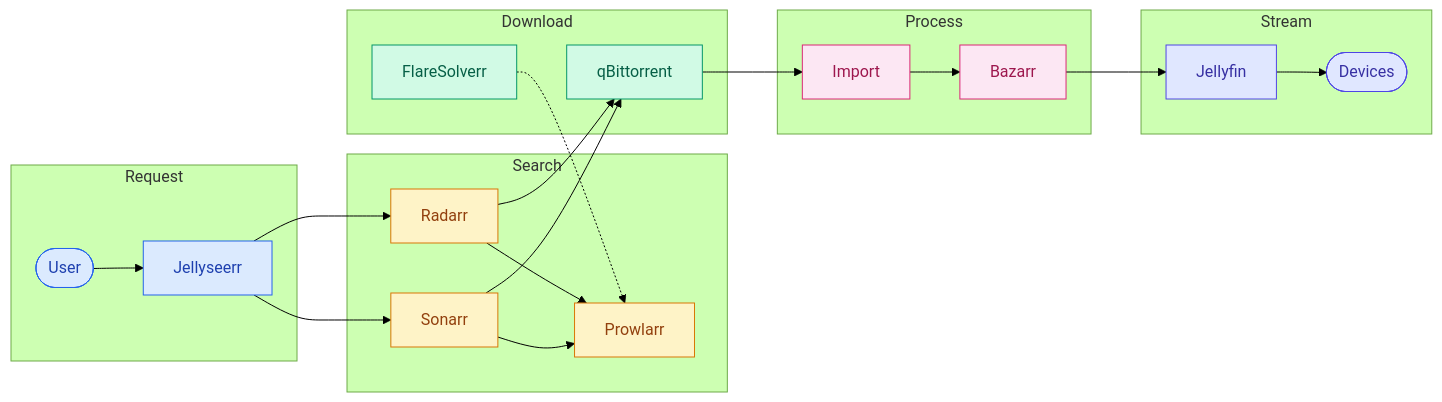
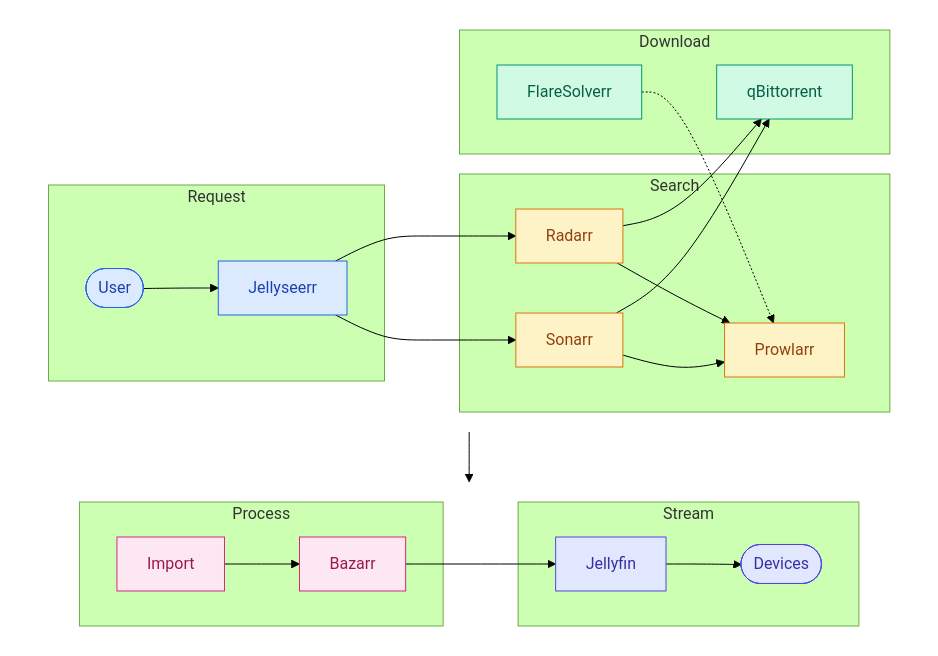
Before and after one commit to Mykyta-Home-Server/homeserver: the second of 4 diagrams in docs-site/src/content/docs/guides/introduction.mdx, drawn with Mermaid (forest theme). The commit also changed other lines of this file and 2 other files, not shown here.

Commit message:
Refine Mermaid diagrams: compact layouts and remove labels
- Media Automation Flow: Stream now under Process in two-row layout
- Authentication Flow: Removed numbered step labels from arrows
- Docker Network: Caddy connects to subgraphs, compact proxy/monitoring
- LDAP Auth Architecture: Simplified Authelia connections
- LDAP Directory/Auth Flow: Removed edge labels
- Monitoring Log Flow: Removed edge labels

🤖 Generated with [Claude Code](https://claude.com/claude-code)

````diff
--- a/docs-site/src/content/docs/guides/introduction.mdx
+++ b/docs-site/src/content/docs/guides/introduction.mdx
@@ -69,53 +69,61 @@
 ```mermaid
-flowchart LR
-    subgraph Request
-        User([User])
-        Jellyseerr[Jellyseerr]
+flowchart TB
+    subgraph row1[" "]
+        direction LR
+        subgraph Request
+            User([User])
+            Jellyseerr[Jellyseerr]
+        end
+
+        subgraph Search
+            Radarr[Radarr]
+            Sonarr[Sonarr]
+            Prowlarr[Prowlarr]
+        end
+
+        subgraph Download
+            qBit[qBittorrent]
+            Flare[FlareSolverr]
+        end
     end
 
-    subgraph Search
-        Radarr[Radarr]
-        Sonarr[Sonarr]
-        Prowlarr[Prowlarr]
-    end
+    subgraph row2[" "]
+        direction LR
+        subgraph Process
+            Import[Import]
+            Bazarr[Bazarr]
+        end
 
-    subgraph Download
-        qBit[qBittorrent]
-        Flare[FlareSolverr]
-    end
-
-    subgraph Process
-        Import[Import]
-        Bazarr[Bazarr]
-    end
-
-    subgraph Stream
-        Jellyfin[Jellyfin]
-        Devices([Devices])
+        subgraph Stream
+            Jellyfin[Jellyfin]
+            Devices([Devices])
+        end
     end
 
     User --> Jellyseerr
     Jellyseerr --> Radarr
     Jellyseerr --> Sonarr
     Radarr --> Prowlarr
     Sonarr --> Prowlarr
     Radarr --> qBit
     Sonarr --> qBit
     Flare -.-> Prowlarr
     qBit --> Import
     Import --> Bazarr
     Bazarr --> Jellyfin
     Jellyfin --> Devices
 
     classDef request fill:#dbeafe,stroke:#2563eb,color:#1e40af
     classDef search fill:#fef3c7,stroke:#d97706,color:#92400e
     classDef download fill:#d1fae5,stroke:#059669,color:#065f46
     classDef process fill:#fce7f3,stroke:#db2777,color:#9d174d
     classDef stream fill:#e0e7ff,stroke:#4f46e5,color:#3730a3
+    classDef invisible fill:none,stroke:none
 
     class User,Jellyseerr request
     class Radarr,Sonarr,Prowlarr search
     class qBit,Flare download
     class Import,Bazarr process
     class Jellyfin,Devices stream
+    class row1,row2 invisible
 ```
````
